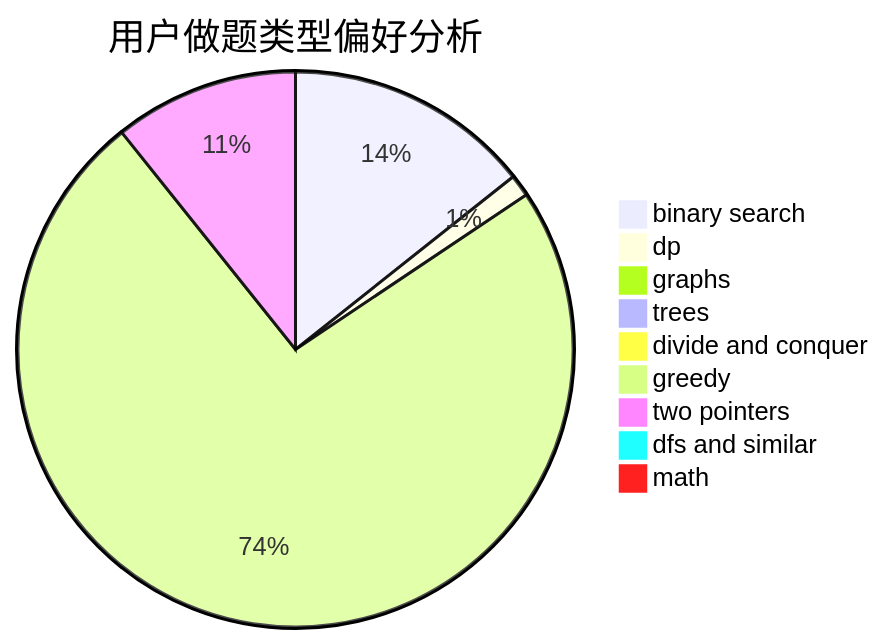
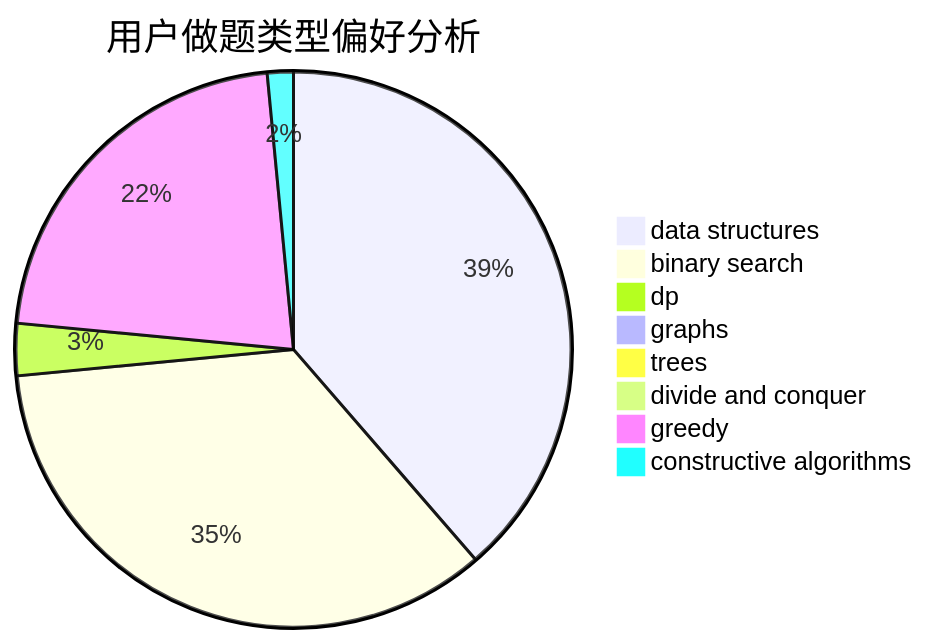
One commit to sherpahu/cfrs.github.io changed the second of 3 diagrams in docs/user/u1925.md. Above: the diagram before and after it, drawn with Mermaid. The commit also changed other lines of this file and 2775 other files, not shown here.

````diff
--- a/docs/user/u1925.md
+++ b/docs/user/u1925.md
@@ -23,12 +23,11 @@
 ```mermaid
 pie title 用户做题类型偏好分析
-    "binary search" :  56
-    "dp" :  5
+    "data structures" :  51
+    "binary search" :  46
+    "dp" :  4
     "graphs" :  0
     "trees" :  0
     "divide and conquer" :  0
-    "greedy" :  288
-    "two pointers" :  42
-    "dfs and similar" :  0
-    "math" :  0
+    "greedy" :  29
+    "constructive algorithms" :  2
 ```
````
